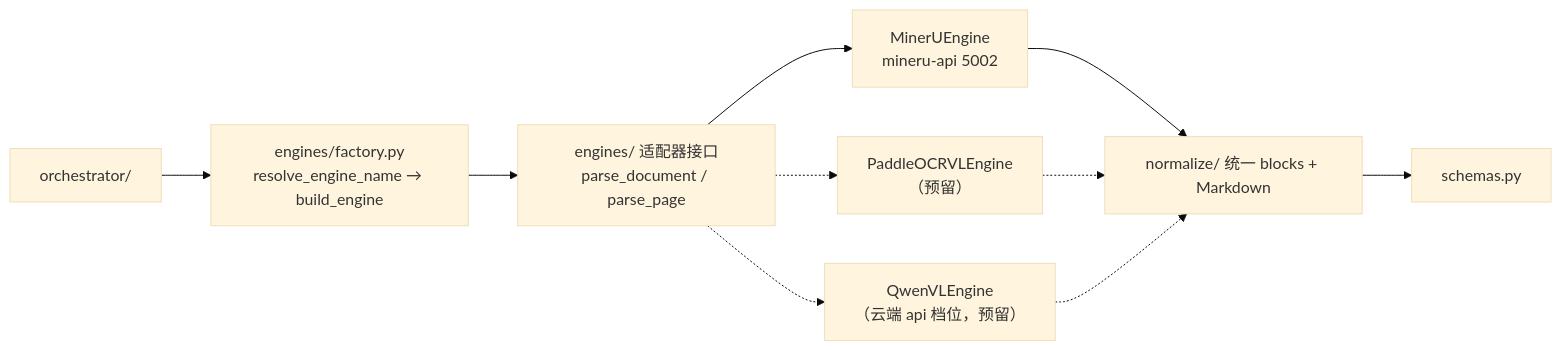
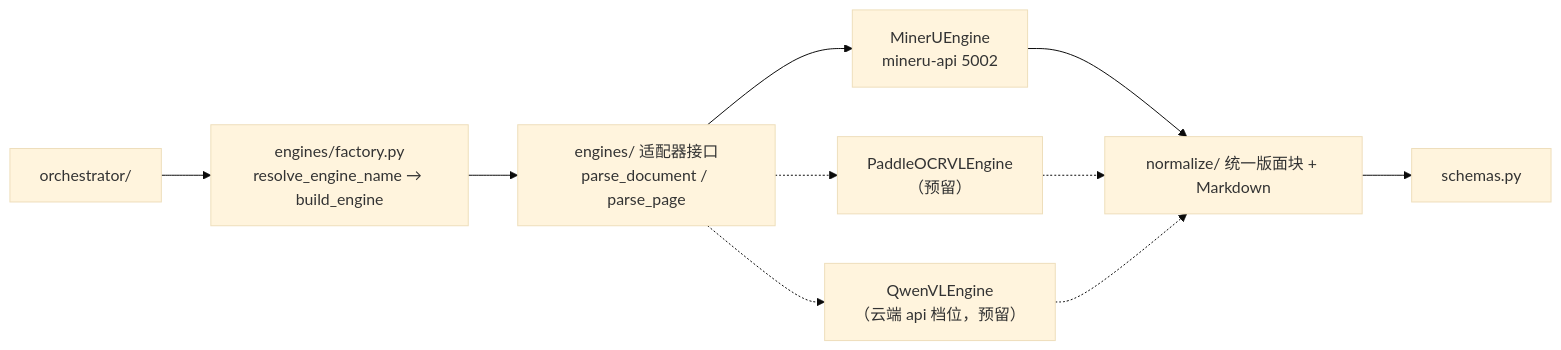
Before and after one commit to swfswf1234/Axiom-Flow: the diagram in docs/design/model-integration.md, drawn with Mermaid (base theme). The commit also changed other lines of this file and 9 other files, not shown here.

````diff
--- a/docs/design/model-integration.md
+++ b/docs/design/model-integration.md
@@ -62,12 +71,12 @@
 ```mermaid
 flowchart LR
     OR["orchestrator/"] --> FAC["engines/factory.py<br/>resolve_engine_name → build_engine"]
     FAC --> ADP["engines/ 适配器接口<br/>parse_document / parse_page"]
     ADP --> M["MinerUEngine<br/>mineru-api 5002"]
     ADP -.-> P["PaddleOCRVLEngine<br/>（预留）"]
     ADP -.-> Q["QwenVLEngine<br/>（云端 api 档位，预留）"]
-    M --> NRM["normalize/ 统一 blocks + Markdown"]
+    M --> NRM["normalize/ 统一版面块 + Markdown"]
     P -.-> NRM
     Q -.-> NRM
     NRM --> SCH["schemas.py"]
 ```
````
